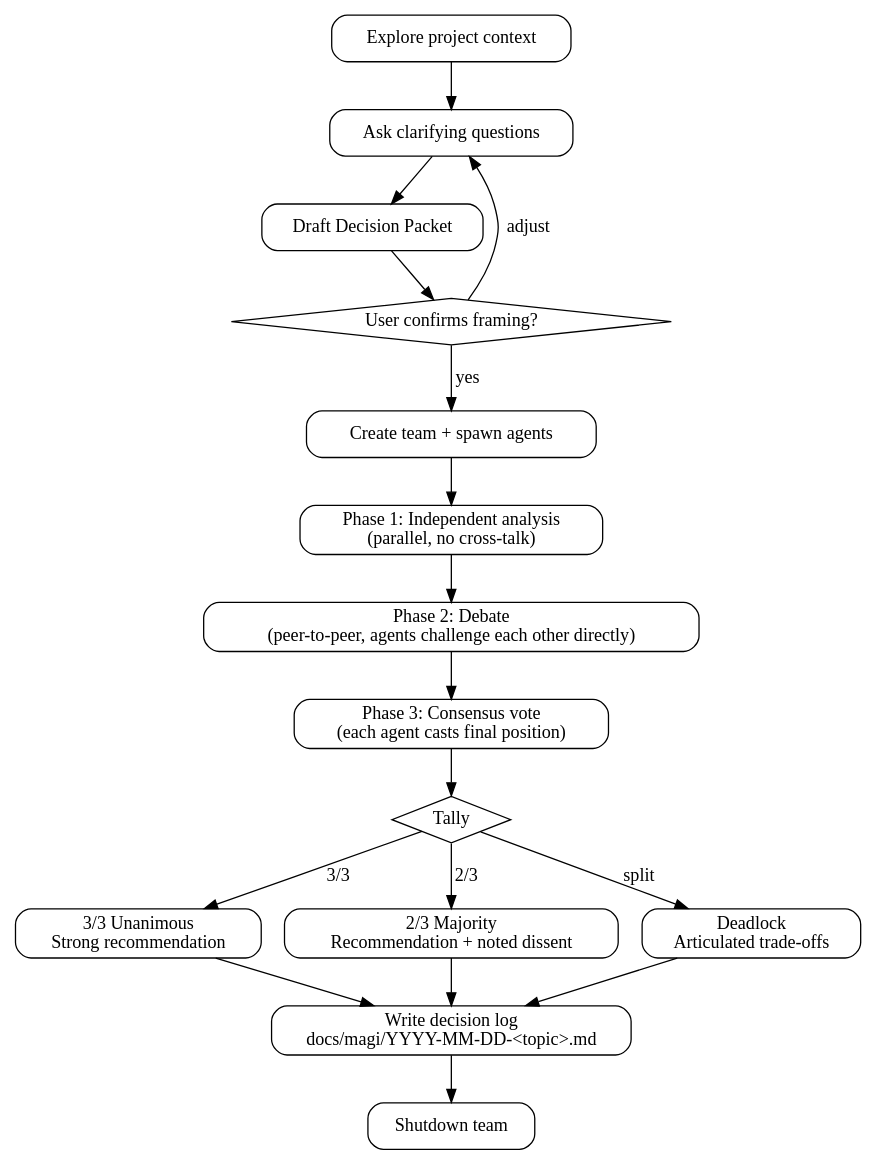
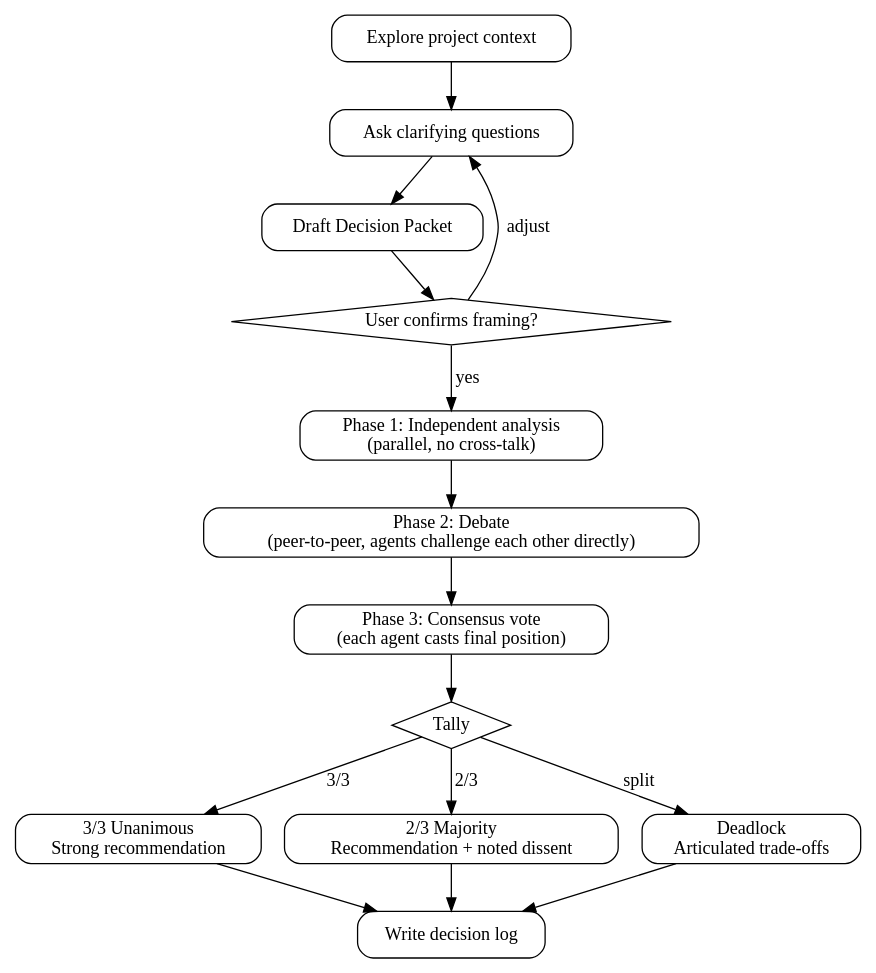
Before and after one commit to vinta/hal-9000: the diagram in skills/magi/SKILL.md, drawn with Graphviz. The commit also changed other lines of this file, not shown here.

First line of the commit message:
docs(magi): streamline workflow and add WebSearch capability

````diff
--- a/skills/magi/SKILL.md
+++ b/skills/magi/SKILL.md
@@ -47,33 +48,30 @@
 ```dot
 digraph magi {
     rankdir=TB;
     node [shape=box, style=rounded];
 
     explore [label="Explore project context"];
     questions [label="Ask clarifying questions"];
     packet [label="Draft Decision Packet"];
     confirm [label="User confirms framing?" shape=diamond style=""];
-    setup [label="Create team + spawn agents"];
     analysis [label="Phase 1: Independent analysis\n(parallel, no cross-talk)"];
     debate [label="Phase 2: Debate\n(peer-to-peer, agents challenge each other directly)"];
     vote [label="Phase 3: Consensus vote\n(each agent casts final position)"];
     tally [label="Tally" shape=diamond style=""];
     unanimous [label="3/3 Unanimous\nStrong recommendation"];
     majority [label="2/3 Majority\nRecommendation + noted dissent"];
     deadlock [label="Deadlock\nArticulated trade-offs"];
-    log [label="Write decision log\ndocs/magi/YYYY-MM-DD-<topic>.md"];
-    done [label="Shutdown team"];
+    log [label="Write decision log"];
 
     explore -> questions -> packet -> confirm;
     confirm -> questions [label="adjust"];
-    confirm -> setup [label="yes"];
-    setup -> analysis -> debate -> vote -> tally;
+    confirm -> analysis [label="yes"];
+    analysis -> debate -> vote -> tally;
     tally -> unanimous [label="3/3"];
     tally -> majority [label="2/3"];
     tally -> deadlock [label="split"];
     unanimous -> log;
     majority -> log;
     deadlock -> log;
-    log -> done;
 }
 ```
````
